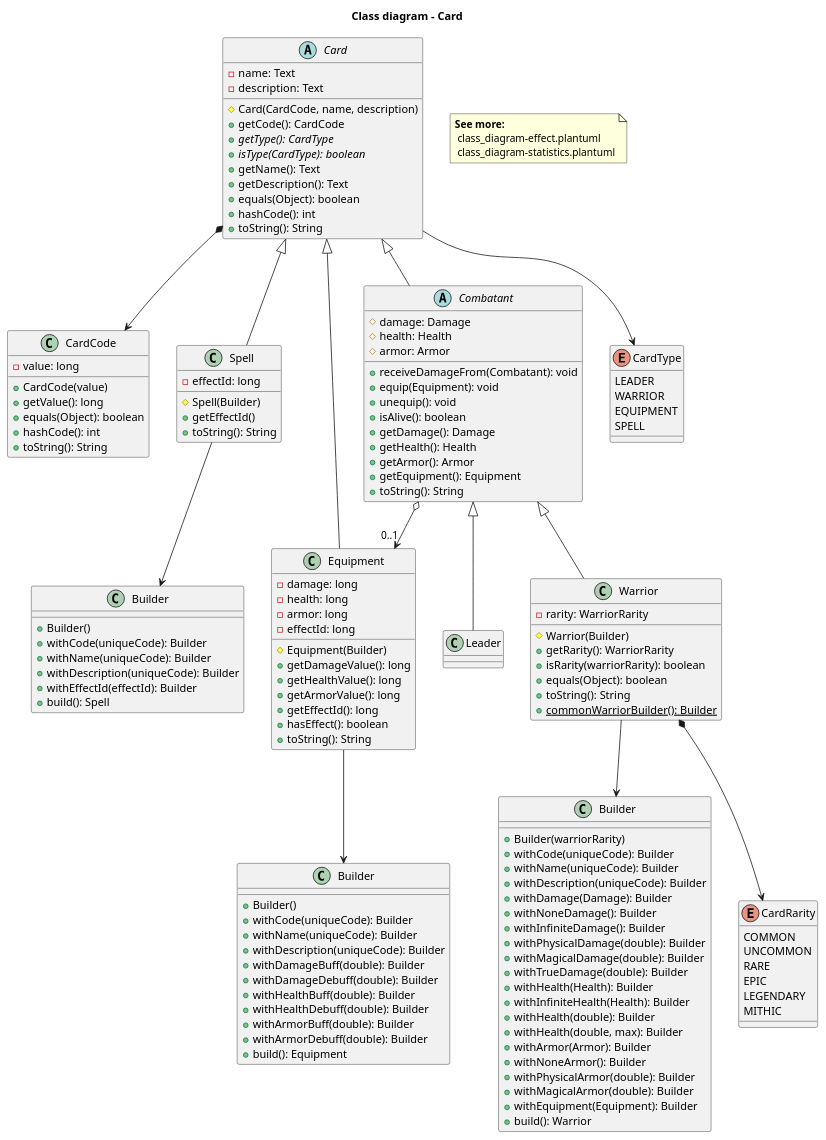
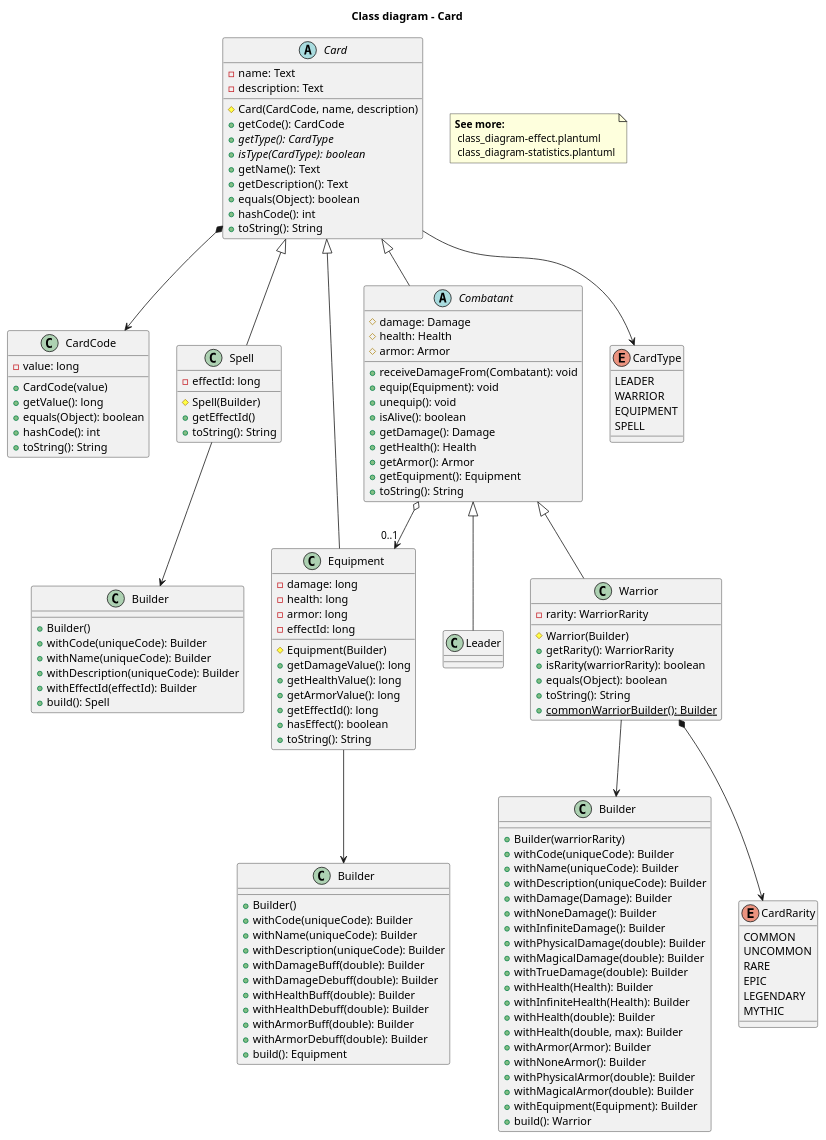
The diagram in docs/development/diagrams/class_diagram-card.plantuml (DainWs/Crazy-Random-Multiverse), drawn with PlantUML before and after one commit. The commit also changed 16 other files, not shown here.

Commit message:
rename the mithic rarity to mythic

```diff
--- a/docs/development/diagrams/class_diagram-card.plantuml
+++ b/docs/development/diagrams/class_diagram-card.plantuml
@@ -1,156 +1,156 @@
 @startuml
 title "Class diagram - Card"
 
 abstract class Card {
  -name: Text
  -description: Text
  #Card(CardCode, name, description)
  +getCode(): CardCode
  +{abstract} getType(): CardType
  +{abstract} isType(CardType): boolean
  +getName(): Text
  +getDescription(): Text
  +equals(Object): boolean
  +hashCode(): int
  +toString(): String
 }
 
 class CardCode {
  -value: long
  +CardCode(value)
  +getValue(): long
  +equals(Object): boolean
  +hashCode(): int
  +toString(): String
 }
 
 class Spell {
  -effectId: long
  #Spell(Builder)
  +getEffectId()
  +toString(): String
 }
 
 class SpellBuilder as "Builder" {
  +Builder()
  +withCode(uniqueCode): Builder
  +withName(uniqueCode): Builder
  +withDescription(uniqueCode): Builder
  +withEffectId(effectId): Builder
  +build(): Spell
 }
 
 class Equipment {
  -damage: long
  -health: long
  -armor: long
  -effectId: long
  #Equipment(Builder)
  +getDamageValue(): long
  +getHealthValue(): long
  +getArmorValue(): long
  +getEffectId(): long
  +hasEffect(): boolean
  +toString(): String
 }
 
 class EquipmentBuilder as "Builder" {
  +Builder()
  +withCode(uniqueCode): Builder
  +withName(uniqueCode): Builder
  +withDescription(uniqueCode): Builder
  +withDamageBuff(double): Builder
  +withDamageDebuff(double): Builder
  +withHealthBuff(double): Builder
  +withHealthDebuff(double): Builder
  +withArmorBuff(double): Builder
  +withArmorDebuff(double): Builder
  +build(): Equipment
 }
 
 abstract class Combatant {
  #damage: Damage
  #health: Health
  #armor: Armor
  +receiveDamageFrom(Combatant): void
  +equip(Equipment): void
  +unequip(): void
  +isAlive(): boolean
  +getDamage(): Damage
  +getHealth(): Health
  +getArmor(): Armor
  +getEquipment(): Equipment
  +toString(): String
 }
 
 class Leader {}
 class Warrior {
  -rarity: WarriorRarity
  #Warrior(Builder)
  +getRarity(): WarriorRarity
  +isRarity(warriorRarity): boolean
  +equals(Object): boolean
  +toString(): String
  +{static} commonWarriorBuilder(): Builder
 }
 
 class WarriorBuilder as "Builder" {
  +Builder(warriorRarity)
  +withCode(uniqueCode): Builder
  +withName(uniqueCode): Builder
  +withDescription(uniqueCode): Builder
  +withDamage(Damage): Builder
  +withNoneDamage(): Builder
  +withInfiniteDamage(): Builder
  +withPhysicalDamage(double): Builder
  +withMagicalDamage(double): Builder
  +withTrueDamage(double): Builder
  +withHealth(Health): Builder
  +withInfiniteHealth(Health): Builder
  +withHealth(double): Builder
  +withHealth(double, max): Builder
  +withArmor(Armor): Builder
  +withNoneArmor(): Builder
  +withPhysicalArmor(double): Builder
  +withMagicalArmor(double): Builder
  +withEquipment(Equipment): Builder
  +build(): Warrior
 }
 
 enum CardType {
  LEADER 
  WARRIOR
  EQUIPMENT 
  SPELL
 }
 
 enum CardRarity {
  COMMON
  UNCOMMON
  RARE
  EPIC
  LEGENDARY
- MITHIC
+ MYTHIC
 }
 
 Card *--> CardCode
 Card --> CardType
 Card <|-- Spell
 Card <|-- Equipment
 Card <|-- Combatant
 Combatant o--> "0..1" Equipment
 Combatant <|-- Leader
 Combatant <|-- Warrior
 
 Spell --> SpellBuilder
 Equipment --> EquipmentBuilder
 Warrior --> WarriorBuilder
 Warrior *--> CardRarity
 
 note as SeeMore
  **See more:**
   class_diagram-effect.plantuml
   class_diagram-statistics.plantuml
 end note
 
 @enduml
```
